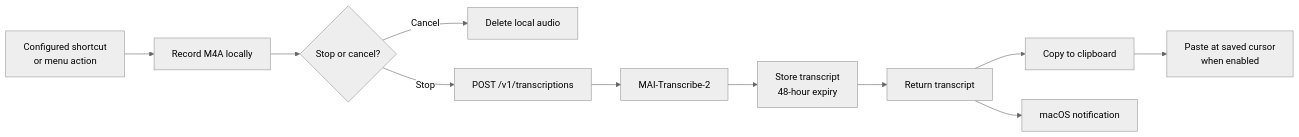
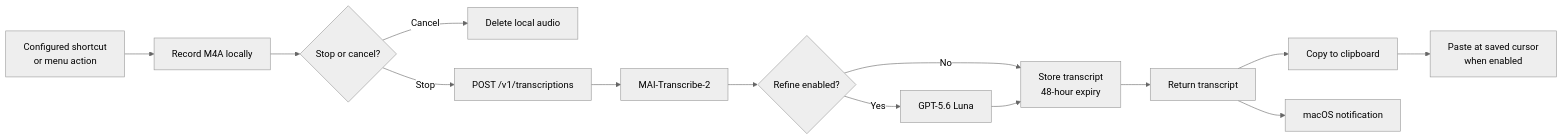
The first of 2 diagrams in README.md (michalmar/voice-memo), drawn with Mermaid (neutral theme) before and after one commit. The commit also changed other lines of this file and 3 other files, not shown here.

````diff
--- a/README.md
+++ b/README.md
@@ -35,13 +57,16 @@
 ```mermaid
 flowchart LR
     Start["Configured shortcut<br/>or menu action"] --> Record["Record M4A locally"]
     Record --> Stop{"Stop or cancel?"}
     Stop -->|Cancel| Delete["Delete local audio"]
     Stop -->|Stop| API["POST /v1/transcriptions"]
     API --> MAI["MAI-Transcribe-2"]
-    MAI --> Store["Store transcript<br/>48-hour expiry"]
+    MAI --> Choice{"Refine enabled?"}
+    Choice -->|Yes| Luna["GPT-5.6 Luna"]
+    Choice -->|No| Store["Store transcript<br/>48-hour expiry"]
+    Luna --> Store
     Store --> Response["Return transcript"]
     Response --> Clipboard["Copy to clipboard"]
     Clipboard --> Paste["Paste at saved cursor<br/>when enabled"]
     Response --> Notice["macOS notification"]
 ```
````
